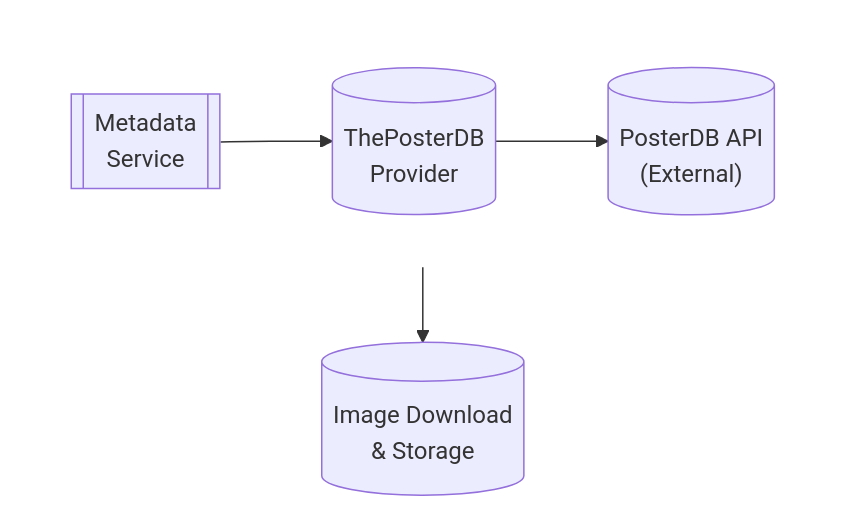
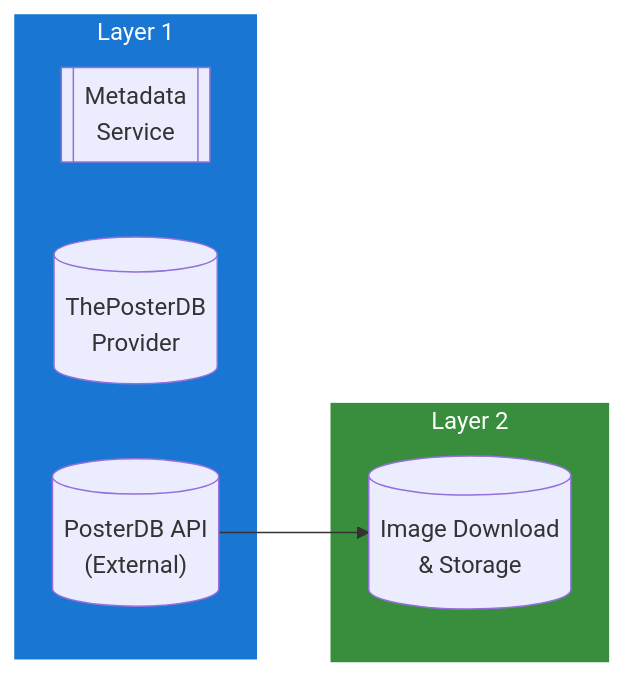
The diagram in docs/dev/design/integrations/metadata/video/THEPOSTERDB.md (lusoris/revenge), drawn with Mermaid before and after one commit. The commit also changed 215 other files, not shown here.

First line of the commit message:
feat(diagrams): convert all ASCII diagrams to Mermaid with LR subgraphs

````diff
--- a/docs/dev/design/integrations/metadata/video/THEPOSTERDB.md
+++ b/docs/dev/design/integrations/metadata/video/THEPOSTERDB.md
@@ -59,16 +59,19 @@
 ```mermaid
-flowchart TD
-    subgraph row1[ ]
-        direction LR
+flowchart LR
+    subgraph Layer1["Layer 1"]
         node1[["Metadata<br/>Service"]]
         node2[("ThePosterDB<br/>Provider")]
         node3[("PosterDB API<br/>(External)")]
     end
-    node4[("Image Download<br/>& Storage")]
-    node1 --> node2
-    node2 --> node3
+
+    subgraph Layer2["Layer 2"]
+        node4[("Image Download<br/>& Storage")]
+    end
+
+    %% Connections
     node3 --> node4
 
-    %% Hide row subgraph borders
-    style row1 fill:transparent,stroke:transparent
+    %% Styling
+    style Layer1 fill:#1976D2,stroke:#1976D2,color:#fff
+    style Layer2 fill:#388E3C,stroke:#388E3C,color:#fff
 ```
````
